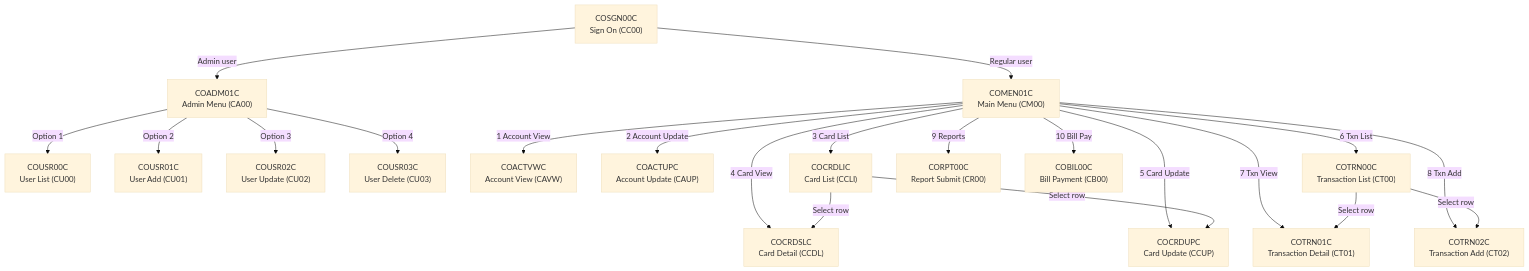
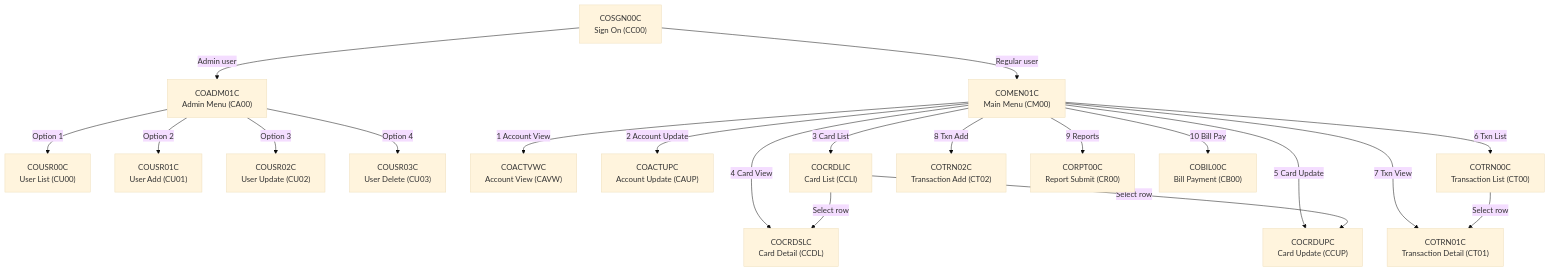
The first of 3 diagrams in app/cbl/README.md (Blitzy-Sandbox/blitzy-card-demo), drawn with Mermaid (base theme) before and after one commit. The commit also changed other lines of this file and 28 other files, not shown here.

````diff
--- a/app/cbl/README.md
+++ b/app/cbl/README.md
@@ -73,26 +73,25 @@
 ```mermaid
 flowchart TD
     COSGN00C["COSGN00C<br/>Sign On (CC00)"] -->|Admin user| COADM01C["COADM01C<br/>Admin Menu (CA00)"]
     COSGN00C -->|Regular user| COMEN01C["COMEN01C<br/>Main Menu (CM00)"]
 
     COADM01C -->|"Option 1"| COUSR00C["COUSR00C<br/>User List (CU00)"]
     COADM01C -->|"Option 2"| COUSR01C["COUSR01C<br/>User Add (CU01)"]
     COADM01C -->|"Option 3"| COUSR02C["COUSR02C<br/>User Update (CU02)"]
     COADM01C -->|"Option 4"| COUSR03C["COUSR03C<br/>User Delete (CU03)"]
 
     COMEN01C -->|"1 Account View"| COACTVWC["COACTVWC<br/>Account View (CAVW)"]
     COMEN01C -->|"2 Account Update"| COACTUPC["COACTUPC<br/>Account Update (CAUP)"]
     COMEN01C -->|"3 Card List"| COCRDLIC["COCRDLIC<br/>Card List (CCLI)"]
     COMEN01C -->|"4 Card View"| COCRDSLC["COCRDSLC<br/>Card Detail (CCDL)"]
     COMEN01C -->|"5 Card Update"| COCRDUPC["COCRDUPC<br/>Card Update (CCUP)"]
     COMEN01C -->|"6 Txn List"| COTRN00C["COTRN00C<br/>Transaction List (CT00)"]
     COMEN01C -->|"7 Txn View"| COTRN01C["COTRN01C<br/>Transaction Detail (CT01)"]
     COMEN01C -->|"8 Txn Add"| COTRN02C["COTRN02C<br/>Transaction Add (CT02)"]
     COMEN01C -->|"9 Reports"| CORPT00C["CORPT00C<br/>Report Submit (CR00)"]
     COMEN01C -->|"10 Bill Pay"| COBIL00C["COBIL00C<br/>Bill Payment (CB00)"]
 
     COCRDLIC -->|"Select row"| COCRDSLC
     COCRDLIC -->|"Select row"| COCRDUPC
     COTRN00C -->|"Select row"| COTRN01C
-    COTRN00C -->|"Select row"| COTRN02C
 ```
````
